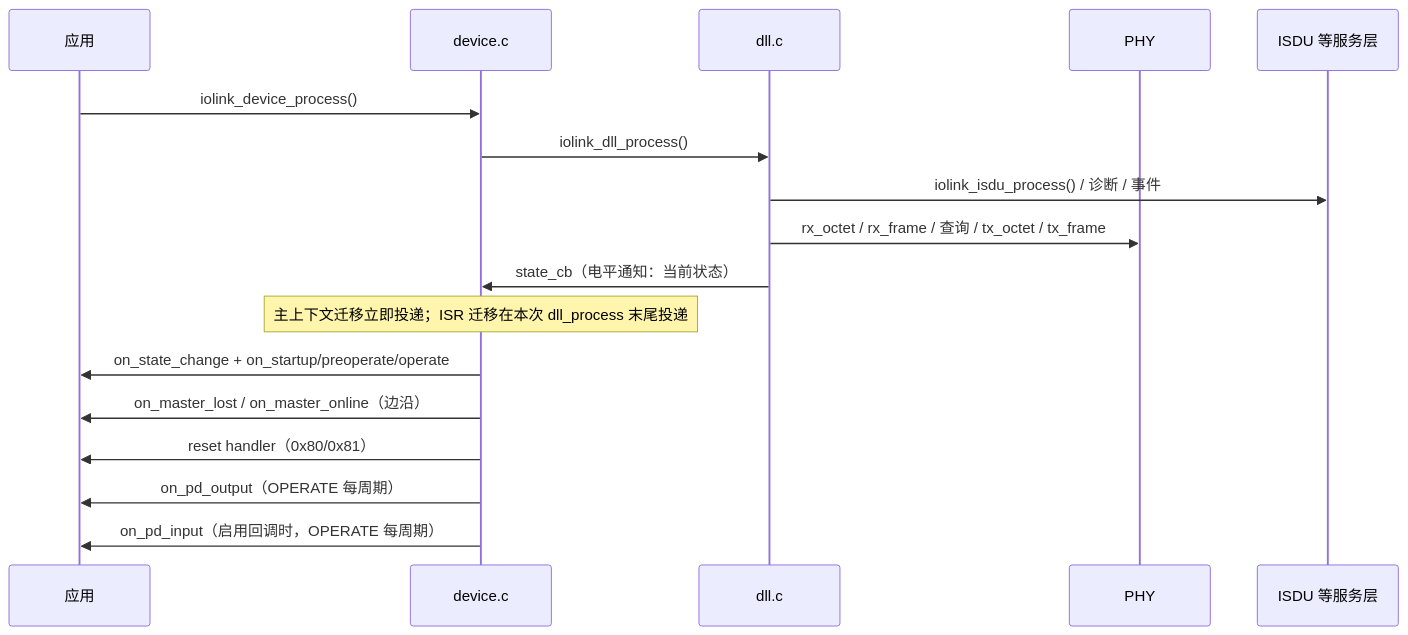
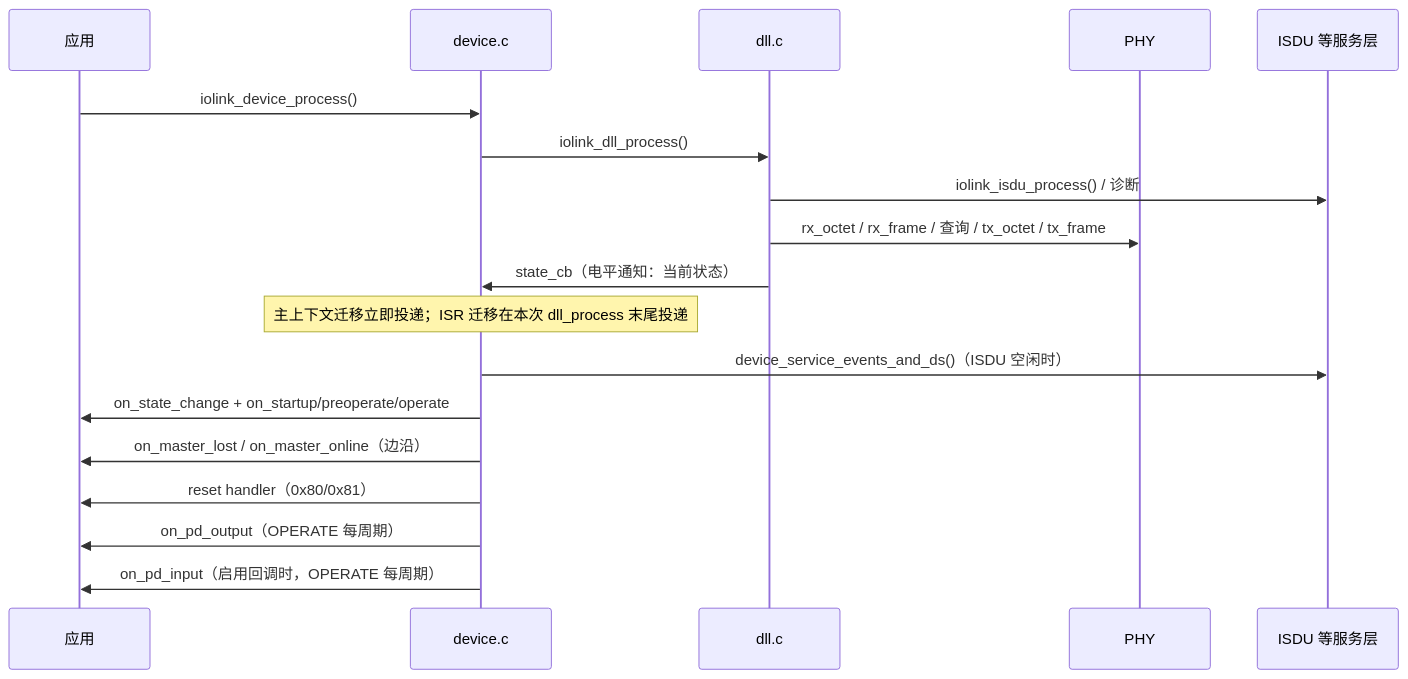
Before and after one commit to Adlyq/iolinki: diagram 14 of 16 in docs/CODE_FLOW.md, drawn with Mermaid. The commit also changed other lines of this file and 22 other files, not shown here.

````diff
--- a/docs/CODE_FLOW.md
+++ b/docs/CODE_FLOW.md
@@ -660,20 +661,21 @@
 ```mermaid
 sequenceDiagram
     participant APP as 应用
     participant DEV as device.c
     participant DLL as dll.c
     participant PHY as PHY
     participant SVC as ISDU 等服务层
 
     APP->>DEV: iolink_device_process()
     DEV->>DLL: iolink_dll_process()
-    DLL->>SVC: iolink_isdu_process() / 诊断 / 事件
+    DLL->>SVC: iolink_isdu_process() / 诊断
     DLL->>PHY: rx_octet / rx_frame / 查询 / tx_octet / tx_frame
     DLL->>DEV: state_cb（电平通知：当前状态）
     Note over DEV: 主上下文迁移立即投递；ISR 迁移在本次 dll_process 末尾投递
+    DEV->>SVC: device_service_events_and_ds()（ISDU 空闲时）
     DEV->>APP: on_state_change + on_startup/preoperate/operate
     DEV->>APP: on_master_lost / on_master_online（边沿）
     DEV->>APP: reset handler（0x80/0x81）
     DEV->>APP: on_pd_output（OPERATE 每周期）
     DEV->>APP: on_pd_input（启用回调时，OPERATE 每周期）
 ```
````
